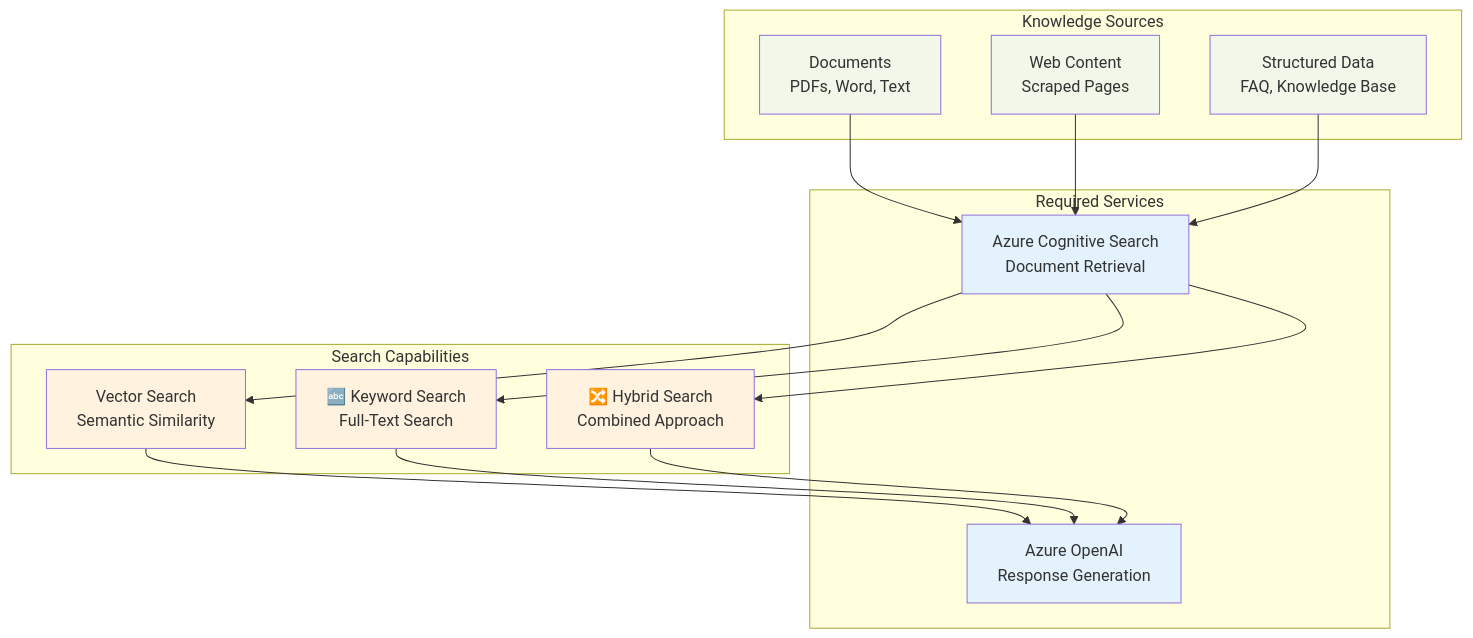
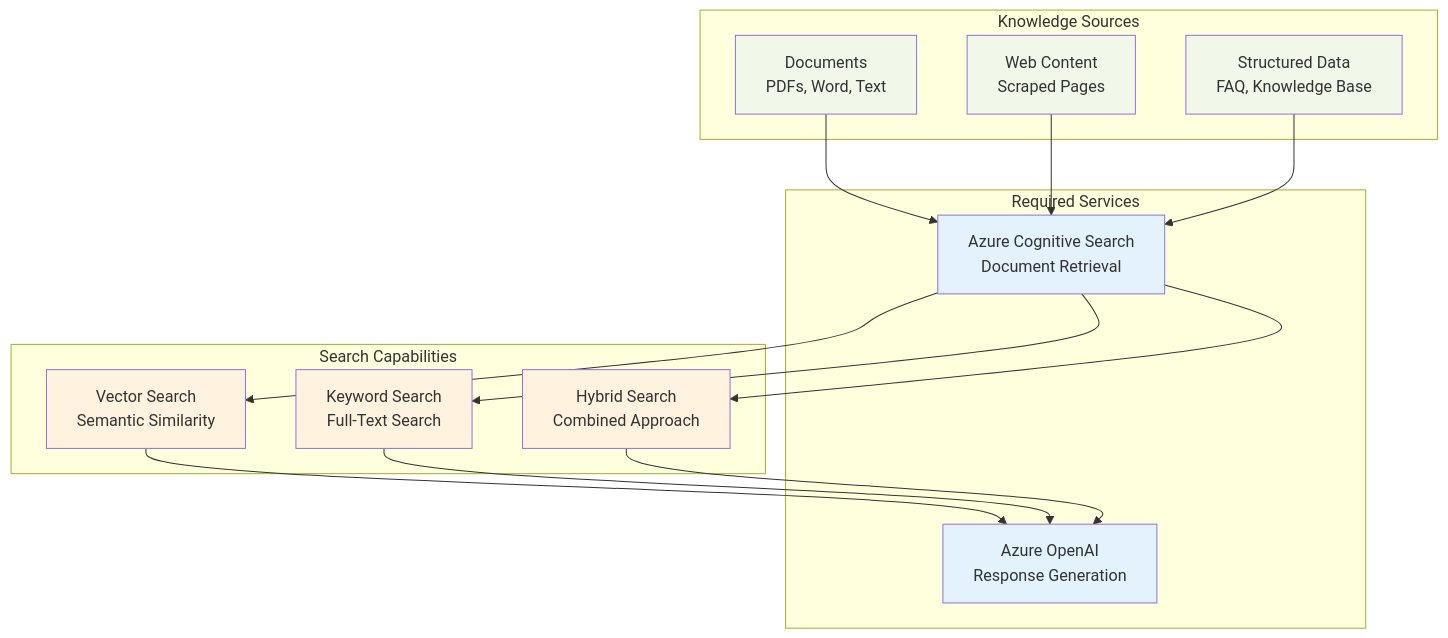
The eighth of 10 diagrams in docs/workflows/README.md (the-ingenious-dark-knight/Insight_Ingenious), drawn with Mermaid before and after one commit. The commit also changed other lines of this file and 17 other files, not shown here.

````diff
--- a/docs/workflows/README.md
+++ b/docs/workflows/README.md
@@ -336,39 +336,39 @@
 ```mermaid
 graph TB
     subgraph "Required Services"
         AZURE_OPENAI[ Azure OpenAI<br/>Response Generation]
-        AZURE_SEARCH[ Azure Cognitive Search<br/>Document Retrieval]
+        AZURE_SEARCH[Azure Cognitive Search<br/>Document Retrieval]
     end
 
     subgraph "Knowledge Sources"
-        DOCUMENTS[ Documents<br/>PDFs, Word, Text]
-        WEBSITES[ Web Content<br/>Scraped Pages]
-        DATABASES[ Structured Data<br/>FAQ, Knowledge Base]
+        DOCUMENTS[Documents<br/>PDFs, Word, Text]
+        WEBSITES[Web Content<br/>Scraped Pages]
+        DATABASES[Structured Data<br/>FAQ, Knowledge Base]
     end
 
     subgraph "Search Capabilities"
-        VECTOR_SEARCH[ Vector Search<br/>Semantic Similarity]
-        KEYWORD_SEARCH[🔤 Keyword Search<br/>Full-Text Search]
-        HYBRID_SEARCH[🔀 Hybrid Search<br/>Combined Approach]
+        VECTOR_SEARCH[Vector Search<br/>Semantic Similarity]
+        KEYWORD_SEARCH[Keyword Search<br/>Full-Text Search]
+        HYBRID_SEARCH[Hybrid Search<br/>Combined Approach]
     end
 
     DOCUMENTS --> AZURE_SEARCH
     WEBSITES --> AZURE_SEARCH
     DATABASES --> AZURE_SEARCH
 
     AZURE_SEARCH --> VECTOR_SEARCH
     AZURE_SEARCH --> KEYWORD_SEARCH
     AZURE_SEARCH --> HYBRID_SEARCH
 
     VECTOR_SEARCH --> AZURE_OPENAI
     KEYWORD_SEARCH --> AZURE_OPENAI
     HYBRID_SEARCH --> AZURE_OPENAI
 
     classDef service fill:#e3f2fd
     classDef source fill:#f1f8e9
     classDef search fill:#fff3e0
 
     class AZURE_OPENAI,AZURE_SEARCH service
     class DOCUMENTS,WEBSITES,DATABASES source
     class VECTOR_SEARCH,KEYWORD_SEARCH,HYBRID_SEARCH search
 ```
````
